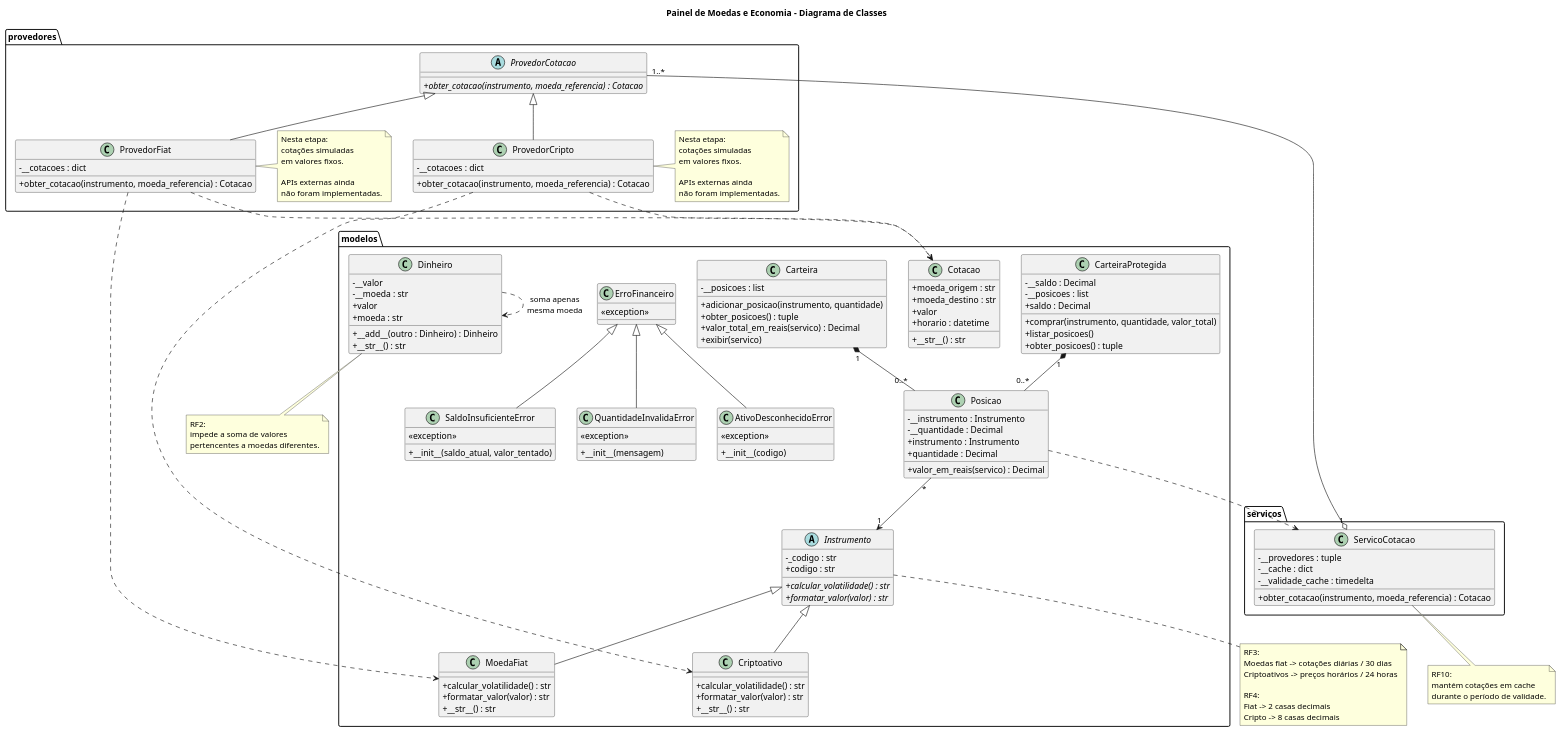
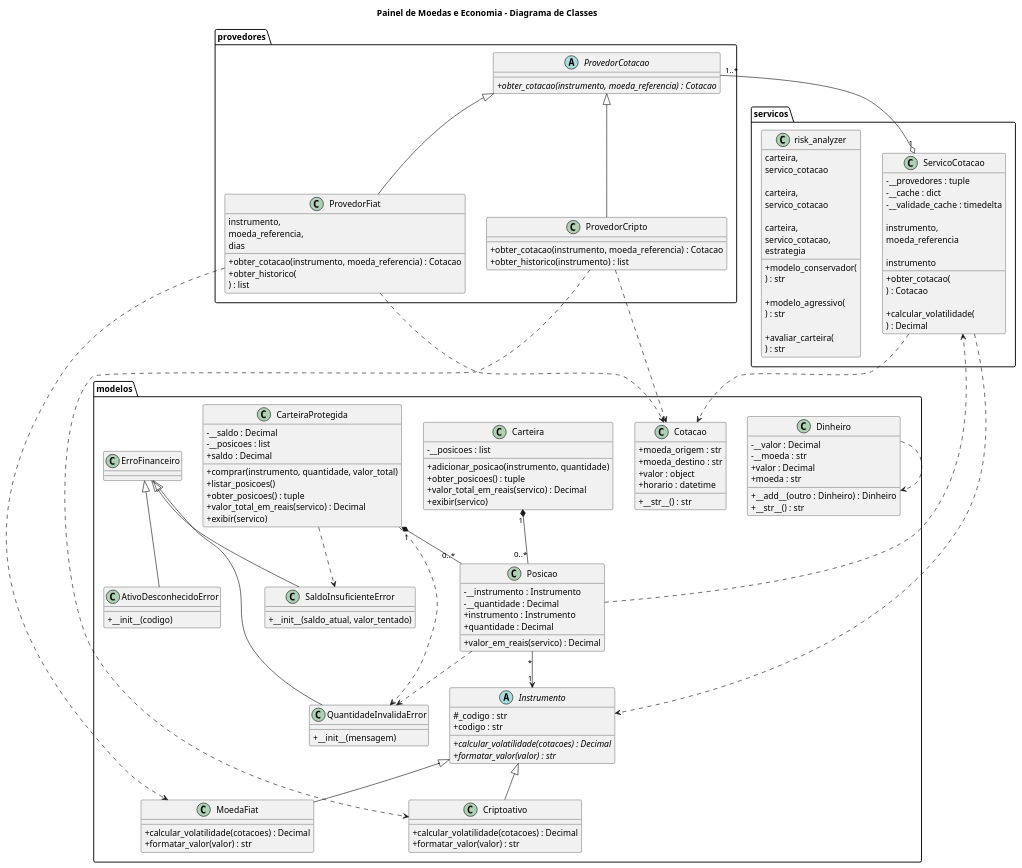
The diagram in diagrama/diagrama.puml (Fern4ndess/Projeto-de-Software-2026.2), drawn with PlantUML before and after one commit.

```diff
--- a/diagrama/diagrama.puml
+++ b/diagrama/diagrama.puml
@@ -11,28 +11,26 @@
 package "modelos" {
 
     abstract class Instrumento {
-        - _codigo : str
+        # _codigo : str
         + codigo : str
-        {abstract} + calcular_volatilidade() : str
+        {abstract} + calcular_volatilidade(cotacoes) : Decimal
         {abstract} + formatar_valor(valor) : str
     }
 
     class MoedaFiat {
-        + calcular_volatilidade() : str
+        + calcular_volatilidade(cotacoes) : Decimal
         + formatar_valor(valor) : str
-        + __str__() : str
     }
 
     class Criptoativo {
-        + calcular_volatilidade() : str
+        + calcular_volatilidade(cotacoes) : Decimal
         + formatar_valor(valor) : str
-        + __str__() : str
     }
 
     class Dinheiro {
-        - __valor
+        - __valor : Decimal
         - __moeda : str
-        + valor
+        + valor : Decimal
         + moeda : str
         + __add__(outro : Dinheiro) : Dinheiro
         + __str__() : str
@@ -41,7 +39,7 @@
     class Cotacao {
         + moeda_origem : str
         + moeda_destino : str
-        + valor
+        + valor : object
         + horario : datetime
         + __str__() : str
     }
@@ -69,29 +67,22 @@
         + comprar(instrumento, quantidade, valor_total)
         + listar_posicoes()
         + obter_posicoes() : tuple
+        + valor_total_em_reais(servico) : Decimal
+        + exibir(servico)
     }
 
-
-    ' ======================================================
-    ' EXCEÇÕES FINANCEIRAS - RF8
-    ' ======================================================
-
     class ErroFinanceiro {
-        <<exception>>
     }
 
     class SaldoInsuficienteError {
-        <<exception>>
         + __init__(saldo_atual, valor_tentado)
     }
 
     class QuantidadeInvalidaError {
-        <<exception>>
         + __init__(mensagem)
     }
 
     class AtivoDesconhecidoError {
-        <<exception>>
         + __init__(codigo)
     }
 }
@@ -108,32 +99,18 @@
     }
 
     class ProvedorFiat {
-        - __cotacoes : dict
         + obter_cotacao(instrumento, moeda_referencia) : Cotacao
+        + obter_historico(
+            instrumento,
+            moeda_referencia,
+            dias
+        ) : list
     }
 
     class ProvedorCripto {
-        - __cotacoes : dict
         + obter_cotacao(instrumento, moeda_referencia) : Cotacao
+        + obter_historico(instrumento) : list
     }
-
-    note right of ProvedorFiat
-        Nesta etapa:
-        cotações simuladas
-        em valores fixos.
-        
-        APIs externas ainda
-        não foram implementadas.
-    end note
-
-    note right of ProvedorCripto
-        Nesta etapa:
-        cotações simuladas
-        em valores fixos.
-        
-        APIs externas ainda
-        não foram implementadas.
-    end note
 }
 
 
@@ -147,30 +124,46 @@
         - __provedores : tuple
         - __cache : dict
         - __validade_cache : timedelta
-        + obter_cotacao(instrumento, moeda_referencia) : Cotacao
+
+        + obter_cotacao(
+            instrumento,
+            moeda_referencia
+        ) : Cotacao
+
+        + calcular_volatilidade(
+            instrumento
+        ) : Decimal
+    }
+
+    class risk_analyzer {
+        + modelo_conservador(
+            carteira,
+            servico_cotacao
+        ) : str
+
+        + modelo_agressivo(
+            carteira,
+            servico_cotacao
+        ) : str
+
+        + avaliar_carteira(
+            carteira,
+            servico_cotacao,
+            estrategia
+        ) : str
     }
 }
 
 
 ' ==========================================================
-' HERANÇA - INSTRUMENTOS
+' HERANÇA
 ' ==========================================================
 
 Instrumento <|-- MoedaFiat
 Instrumento <|-- Criptoativo
 
-
-' ==========================================================
-' HERANÇA - PROVEDORES
-' ==========================================================
-
 ProvedorCotacao <|-- ProvedorFiat
 ProvedorCotacao <|-- ProvedorCripto
-
-
-' ==========================================================
-' HERANÇA - EXCEÇÕES
-' ==========================================================
 
 ErroFinanceiro <|-- SaldoInsuficienteError
 ErroFinanceiro <|-- QuantidadeInvalidaError
@@ -178,7 +171,7 @@
 
 
 ' ==========================================================
-' RELACIONAMENTOS - CARTEIRAS
+' RELACIONAMENTOS DOS MODELOS
 ' ==========================================================
 
 Carteira "1" *-- "0..*" Posicao
@@ -189,62 +182,38 @@
 
 
 ' ==========================================================
-' RELACIONAMENTOS - COTAÇÕES
+' RELACIONAMENTOS DE SERVIÇO
 ' ==========================================================
 
 Posicao ..> ServicoCotacao
 
 ServicoCotacao "1" o-- "1..*" ProvedorCotacao
 
+ServicoCotacao ..> Instrumento
+ServicoCotacao ..> Cotacao
+
+
+' ==========================================================
+' RELACIONAMENTOS DOS PROVEDORES
+' ==========================================================
+
 ProvedorFiat ..> MoedaFiat
+ProvedorFiat ..> Cotacao
+
 ProvedorCripto ..> Criptoativo
-
-ProvedorFiat ..> Cotacao
 ProvedorCripto ..> Cotacao
 
 
 ' ==========================================================
-' RELACIONAMENTOS - DINHEIRO
+' OUTROS RELACIONAMENTOS
 ' ==========================================================
 
-Dinheiro ..> Dinheiro : soma apenas\nmesma moeda
+CarteiraProtegida ..> SaldoInsuficienteError
+CarteiraProtegida ..> QuantidadeInvalidaError
 
+Posicao ..> QuantidadeInvalidaError
 
-' ==========================================================
-' CACHE - RF10
-' ==========================================================
-
-note bottom of ServicoCotacao
-    RF10:
-    mantém cotações em cache
-    durante o período de validade.
-end note
-
-
-' ==========================================================
-' RF2
-' ==========================================================
-
-note bottom of Dinheiro
-    RF2:
-    impede a soma de valores
-    pertencentes a moedas diferentes.
-end note
-
-
-' ==========================================================
-' RF3 / RF4
-' ==========================================================
-
-note bottom of Instrumento
-    RF3:
-    Moedas fiat -> cotações diárias / 30 dias
-    Criptoativos -> preços horários / 24 horas
-
-    RF4:
-    Fiat -> 2 casas decimais
-    Cripto -> 8 casas decimais
-end note
+Dinheiro ..> Dinheiro
 
 
 @enduml
```
